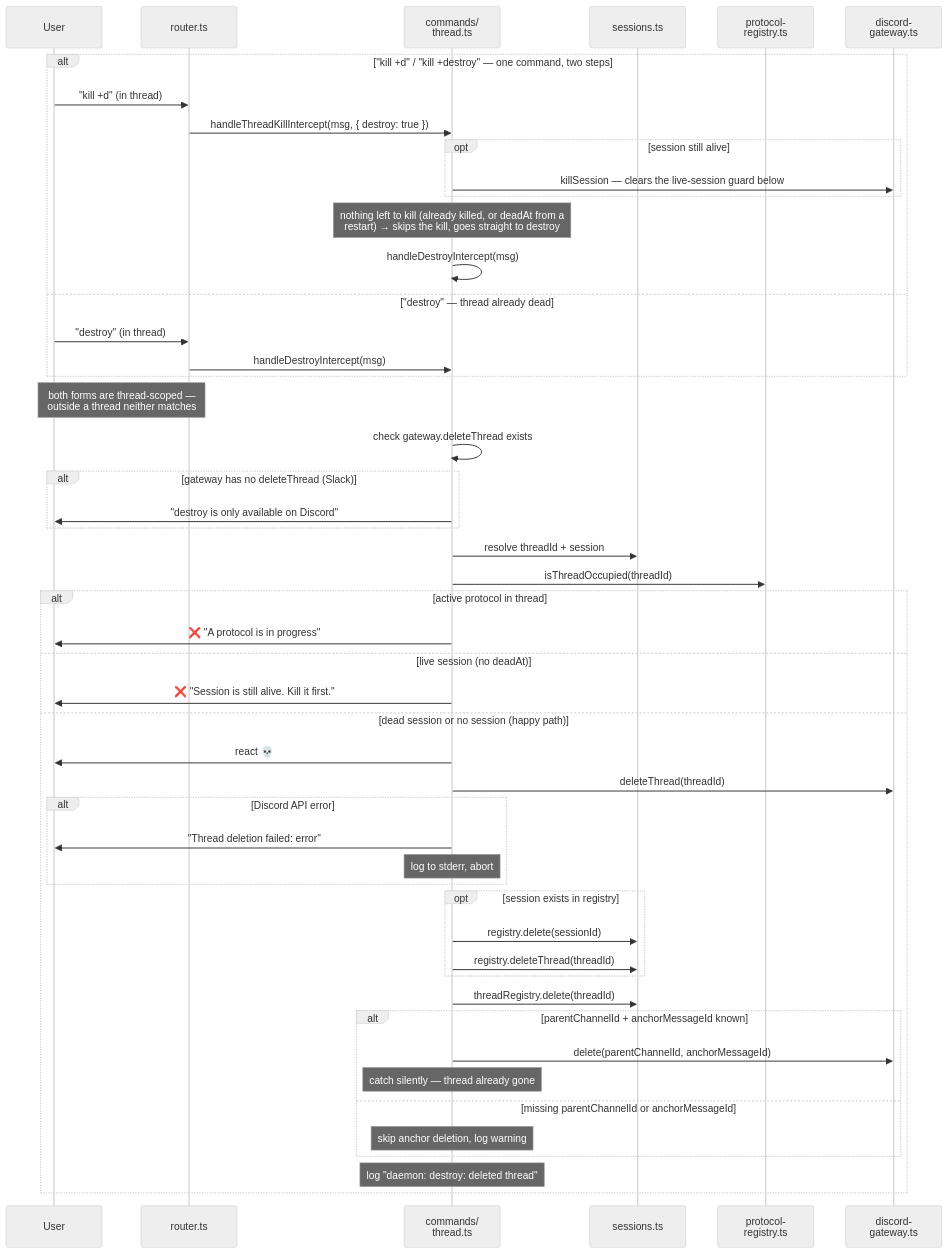
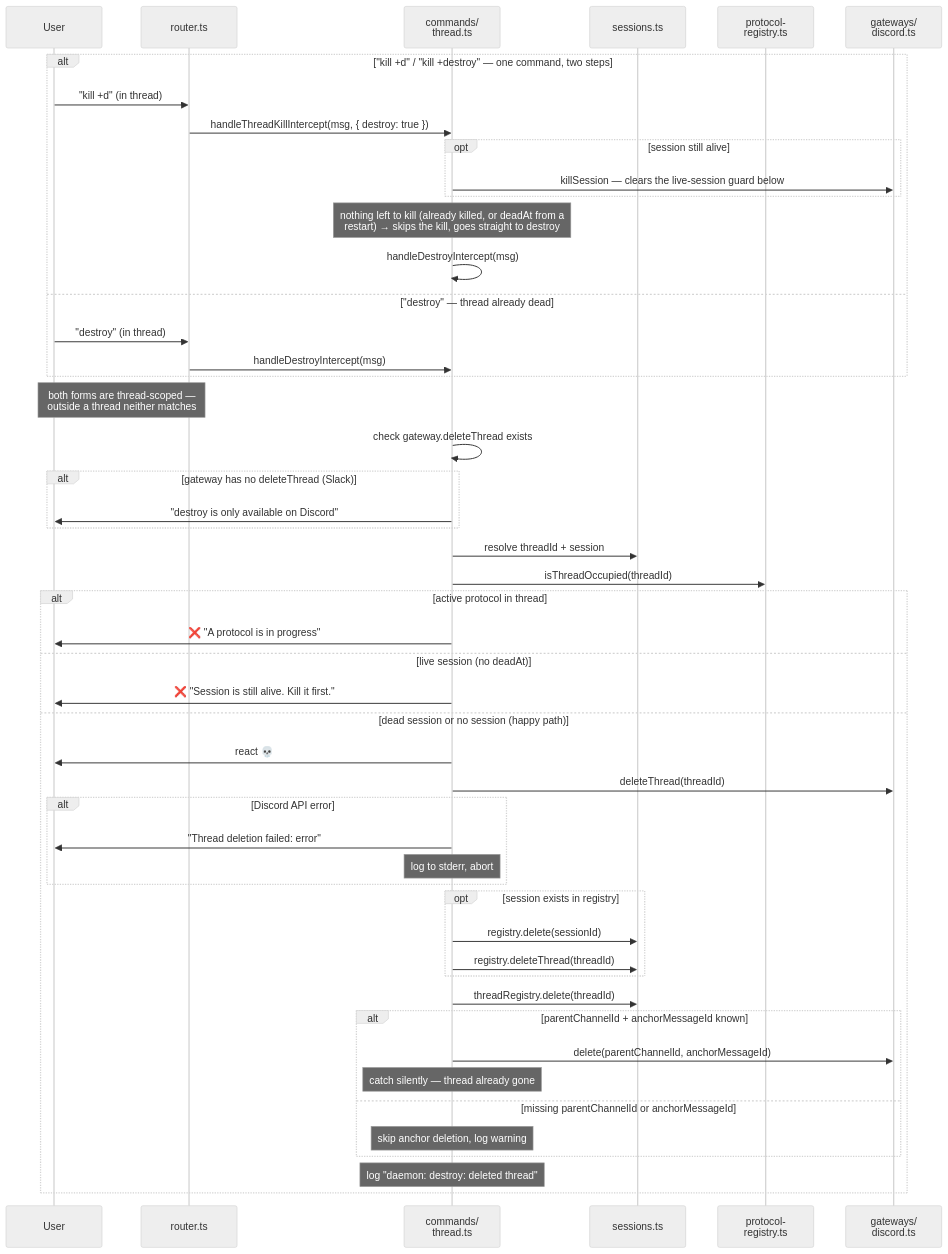
Before and after one commit to sf8193/hydra: the diagram in diagrams/flow-destroy.mmd, drawn with Mermaid (neutral theme). The commit also changed 117 other files, not shown here.

```diff
--- a/diagrams/flow-destroy.mmd
+++ b/diagrams/flow-destroy.mmd
@@ -1,65 +1,65 @@
 %% Destroy — permanently delete a thread and its anchor message
 %% Discord-only. Requires no live session and no active protocol.
 %% Two entry points: `destroy` on an already-dead thread, and `kill +d` /
 %% `kill +destroy`, which performs the kill the live-session guard demands and
 %% then runs this same body. The guards are re-applied either way.
 
 sequenceDiagram
     participant user as User
     participant router as router.ts
     participant handler as commands/<br/>thread.ts
     participant registry as sessions.ts
     participant protocol as protocol-<br/>registry.ts
-    participant gateway as discord-<br/>gateway.ts
+    participant gateway as gateways/<br/>discord.ts
 
     alt "kill +d" / "kill +destroy" — one command, two steps
         user->>router: "kill +d" (in thread)
         router->>handler: handleThreadKillIntercept(msg, { destroy: true })
         opt session still alive
             handler->>gateway: killSession — clears the live-session guard below
         end
         Note over handler: nothing left to kill (already killed, or deadAt from a<br/>restart) → skips the kill, goes straight to destroy
         handler->>handler: handleDestroyIntercept(msg)
     else "destroy" — thread already dead
         user->>router: "destroy" (in thread)
         router->>handler: handleDestroyIntercept(msg)
     end
 
     Note over user,router: both forms are thread-scoped —<br/>outside a thread neither matches
 
     handler->>handler: check gateway.deleteThread exists
     alt gateway has no deleteThread (Slack)
         handler->>user: "destroy is only available on Discord"
     end
 
     handler->>registry: resolve threadId + session
     handler->>protocol: isThreadOccupied(threadId)
 
     alt active protocol in thread
         handler->>user: ❌ "A protocol is in progress"
     else live session (no deadAt)
         handler->>user: ❌ "Session is still alive. Kill it first."
     else dead session or no session (happy path)
         handler->>user: react 💀
 
         handler->>gateway: deleteThread(threadId)
         alt Discord API error
             handler->>user: "Thread deletion failed: error"
             Note over handler: log to stderr, abort
         end
 
         opt session exists in registry
             handler->>registry: registry.delete(sessionId)
             handler->>registry: registry.deleteThread(threadId)
         end
         handler->>registry: threadRegistry.delete(threadId)
 
         alt parentChannelId + anchorMessageId known
             handler->>gateway: delete(parentChannelId, anchorMessageId)
             Note over handler: catch silently — thread already gone
         else missing parentChannelId or anchorMessageId
             Note over handler: skip anchor deletion, log warning
         end
 
         Note over handler: log "daemon: destroy: deleted thread"
     end
```
